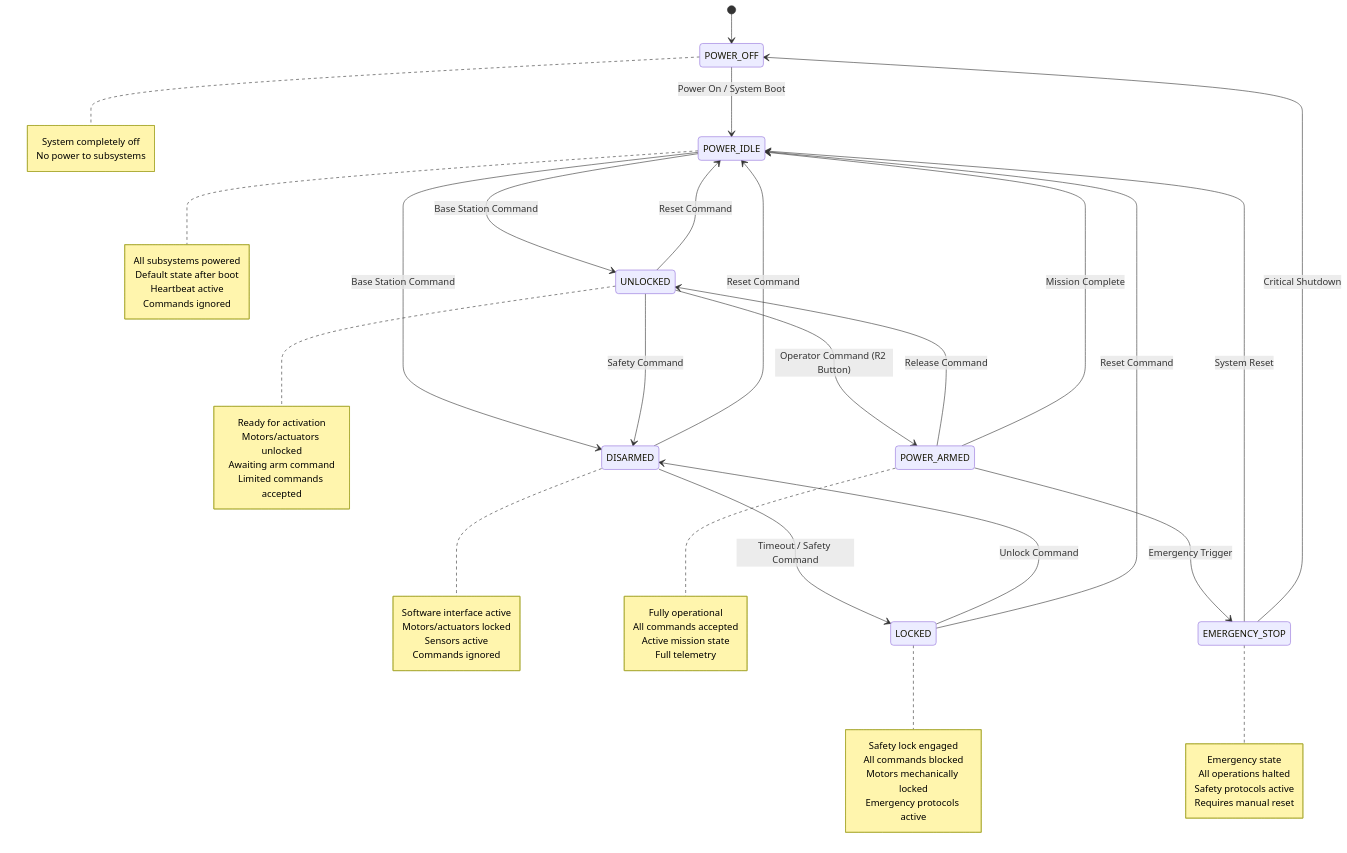
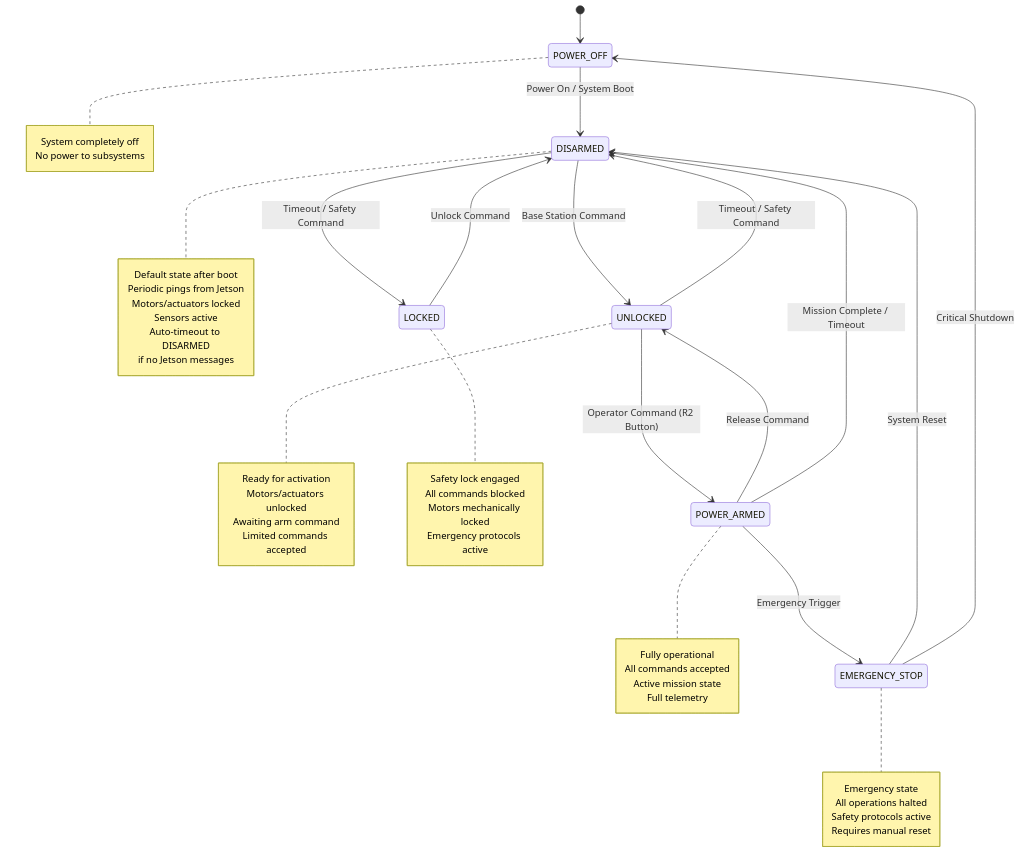
Before and after one commit to AryanRai/SIRI-Elec: the diagram in state_machine.md, drawn with Mermaid. The commit also changed other lines of this file and 5 other files, not shown here.

````diff
--- a/state_machine.md
+++ b/state_machine.md
@@ -9,73 +9,63 @@
 ```mermaid
 stateDiagram-v2
     [*] --> POWER_OFF
     
-    POWER_OFF --> POWER_IDLE : Power On / System Boot
+    POWER_OFF --> DISARMED : Power On / System Boot
     
-    POWER_IDLE --> DISARMED : Base Station Command
-    POWER_IDLE --> UNLOCKED : Base Station Command
-    
+    DISARMED --> UNLOCKED : Base Station Command
     DISARMED --> LOCKED : Timeout / Safety Command
-    DISARMED --> POWER_IDLE : Reset Command
     
     UNLOCKED --> POWER_ARMED : Operator Command (R2 Button)
-    UNLOCKED --> POWER_IDLE : Reset Command
-    UNLOCKED --> DISARMED : Safety Command
+    UNLOCKED --> DISARMED : Timeout / Safety Command
     
     POWER_ARMED --> UNLOCKED : Release Command
     POWER_ARMED --> EMERGENCY_STOP : Emergency Trigger
-    POWER_ARMED --> POWER_IDLE : Mission Complete
+    POWER_ARMED --> DISARMED : Mission Complete / Timeout
     
     LOCKED --> DISARMED : Unlock Command
-    LOCKED --> POWER_IDLE : Reset Command
     
-    EMERGENCY_STOP --> POWER_IDLE : System Reset
+    EMERGENCY_STOP --> DISARMED : System Reset
     EMERGENCY_STOP --> POWER_OFF : Critical Shutdown
     
     note right of POWER_OFF
         System completely off
         No power to subsystems
     end note
     
-    note right of POWER_IDLE
-        All subsystems powered
+    note right of DISARMED
         Default state after boot
-        Heartbeat active
-        Commands ignored
-    end note
-    
-    note right of DISARMED
-        Software interface active
+        Periodic pings from Jetson
         Motors/actuators locked
         Sensors active
-        Commands ignored
+        Auto-timeout to DISARMED
+        if no Jetson messages
     end note
     
     note right of UNLOCKED
         Ready for activation
         Motors/actuators unlocked
         Awaiting arm command
         Limited commands accepted
     end note
     
     note right of POWER_ARMED
         Fully operational
         All commands accepted
         Active mission state
         Full telemetry
     end note
     
     note right of LOCKED
         Safety lock engaged
         All commands blocked
         Motors mechanically locked
         Emergency protocols active
     end note
     
     note right of EMERGENCY_STOP
         Emergency state
         All operations halted
         Safety protocols active
         Requires manual reset
     end note
 ```
````
